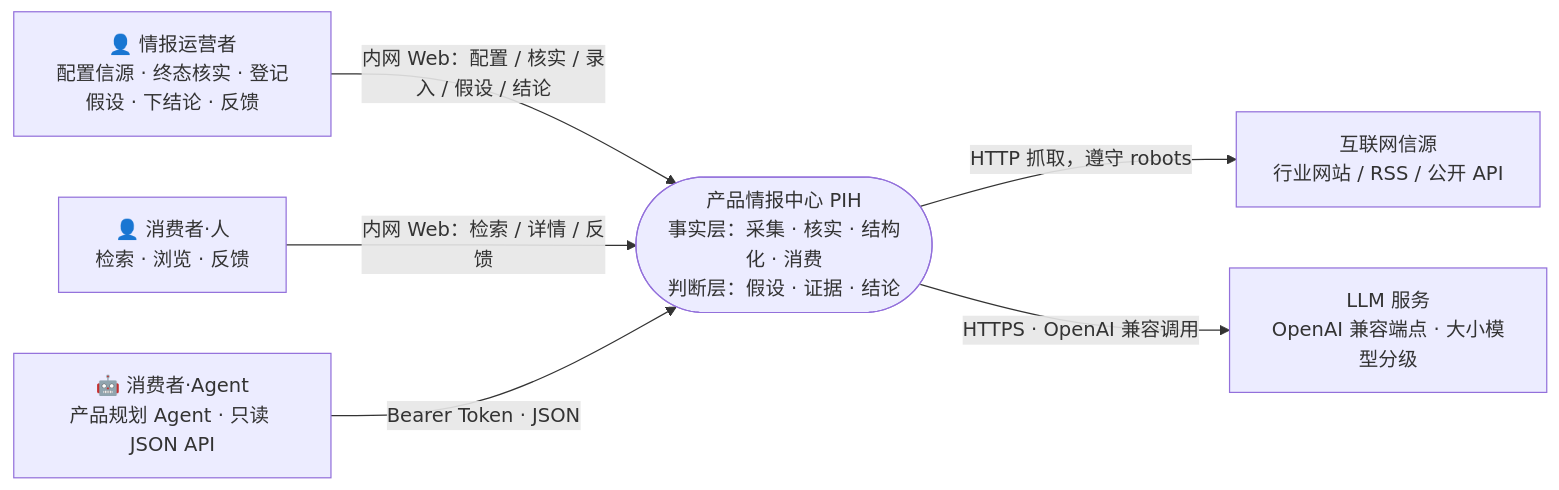
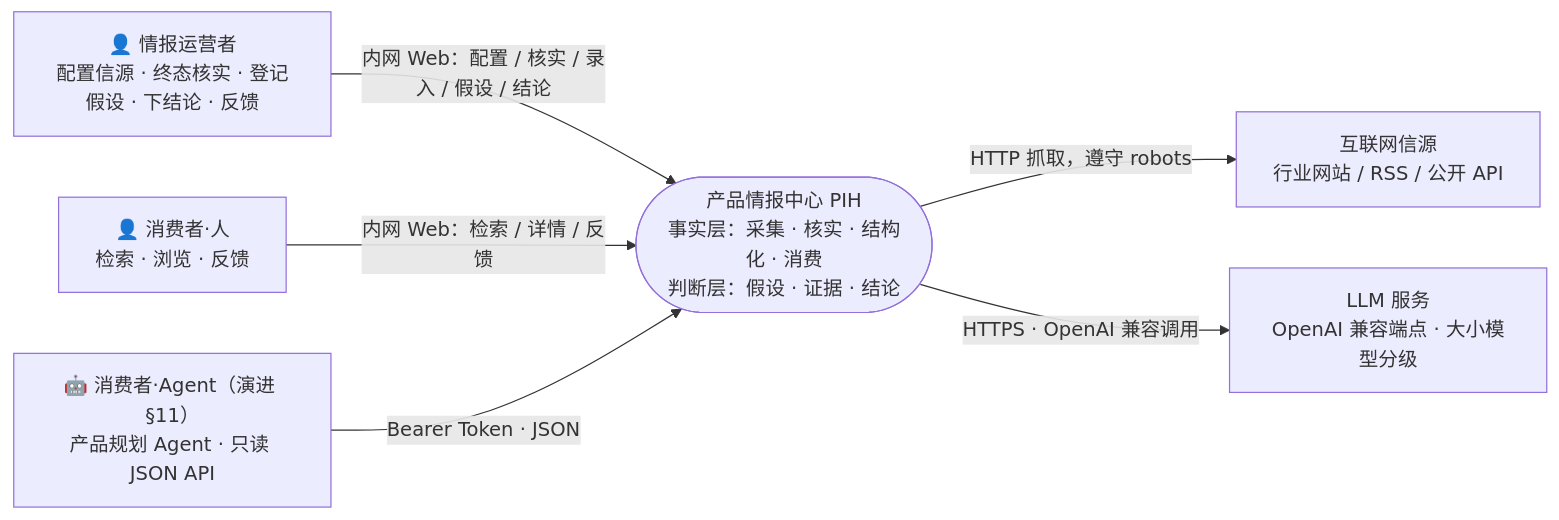
Before and after one commit to leoricmaster/pih: the first of 10 diagrams in backlog/docs/doc-2 - 架构设计-Architecture.md, drawn with Mermaid. The commit also changed other lines of this file, not shown here.

Commit message:
docs: doc-2 评审修正——Agent 消费对齐章程、事件状态机闭合、query_log 与状态归属

````diff
--- a/backlog/docs/doc-2 - 架构设计-Architecture.md
+++ b/backlog/docs/doc-2 - 架构设计-Architecture.md
@@ -43,14 +43,14 @@
 ```mermaid
 flowchart LR
     HUB(["产品情报中心 PIH<br/>事实层：采集 · 核实 · 结构化 · 消费<br/>判断层：假设 · 证据 · 结论"])
     OP["👤 情报运营者<br/>配置信源 · 终态核实 · 登记假设 · 下结论 · 反馈"]
     CO["👤 消费者·人<br/>检索 · 浏览 · 反馈"]
-    AG["🤖 消费者·Agent<br/>产品规划 Agent · 只读 JSON API"]
+    AG["🤖 消费者·Agent（演进 §11）<br/>产品规划 Agent · 只读 JSON API"]
     SRC["互联网信源<br/>行业网站 / RSS / 公开 API"]
     LLM["LLM 服务<br/>OpenAI 兼容端点 · 大小模型分级"]
     OP -->|"内网 Web：配置 / 核实 / 录入 / 假设 / 结论"| HUB
     CO -->|"内网 Web：检索 / 详情 / 反馈"| HUB
     AG -->|"Bearer Token · JSON"| HUB
     HUB -->|"HTTP 抓取，遵守 robots"| SRC
     HUB -->|"HTTPS · OpenAI 兼容调用"| LLM
 ```
````
